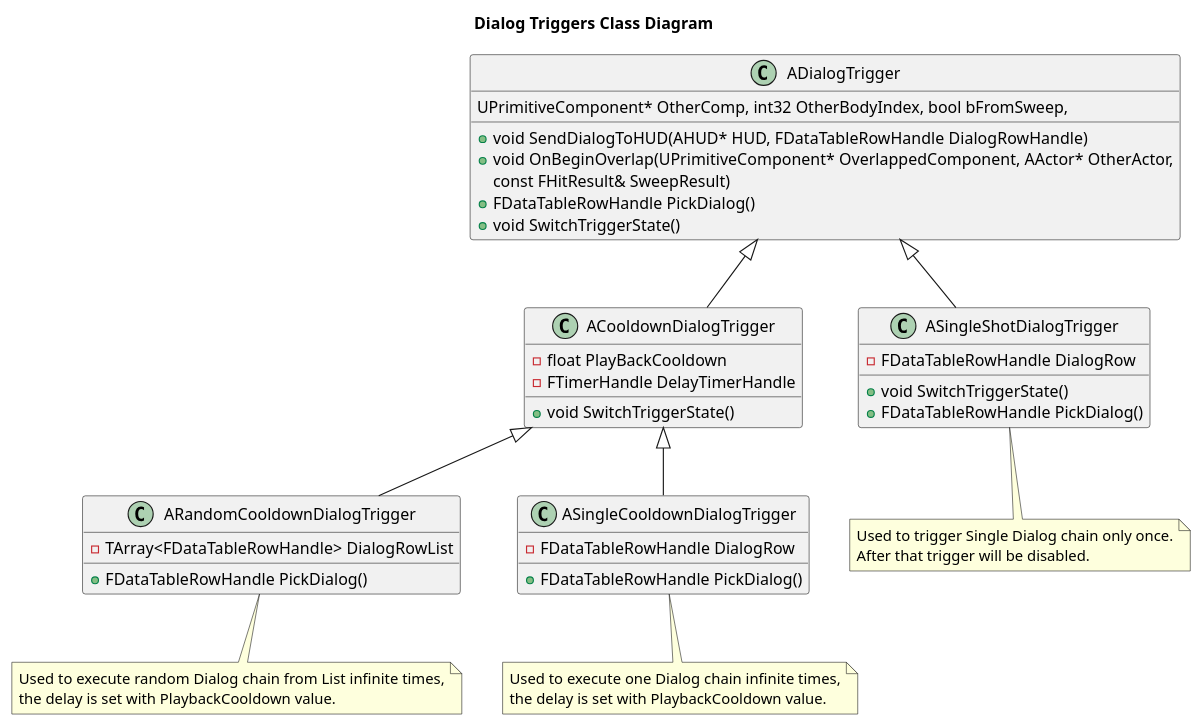
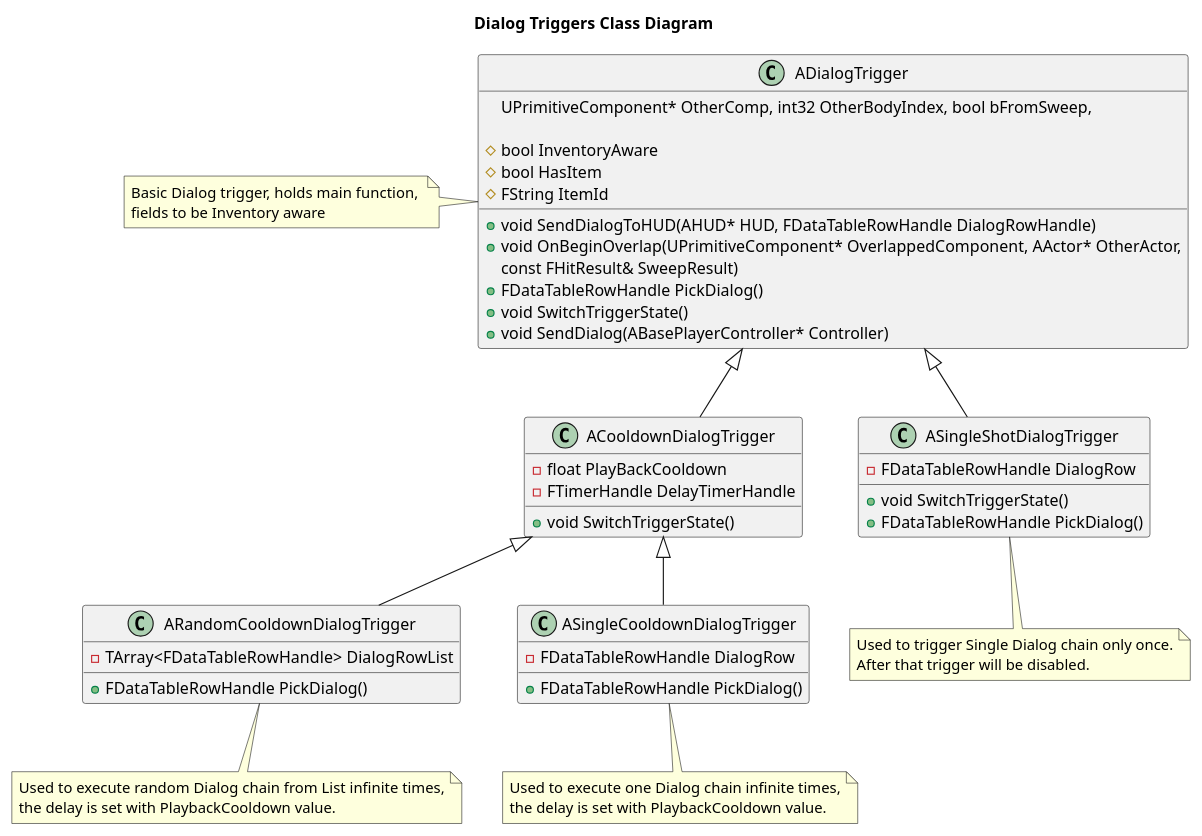
The diagram in Source/CryptRaider/Doc/DialogTrigger.puml (Indian-games-Inc/Solaris), drawn with PlantUML before and after one commit. The commit also changed 6 other files, not shown here.

Commit message:
[item-aware-dialog-trigger] Added logic to be dialog triggers item aware

```diff
--- a/Source/CryptRaider/Doc/DialogTrigger.puml
+++ b/Source/CryptRaider/Doc/DialogTrigger.puml
@@ -1,56 +1,66 @@
 @startuml
 
 title Dialog Triggers Class Diagram
 
 class ADialogTrigger {
-    +void SendDialogToHUD(AHUD* HUD, FDataTableRowHandle DialogRowHandle)
-    +void OnBeginOverlap(UPrimitiveComponent* OverlappedComponent, AActor* OtherActor,
-                         UPrimitiveComponent* OtherComp, int32 OtherBodyIndex, bool bFromSweep,
-                         const FHitResult& SweepResult)
-    +FDataTableRowHandle PickDialog()
-    +void SwitchTriggerState()
+    + void SendDialogToHUD(AHUD* HUD, FDataTableRowHandle DialogRowHandle)
+    + void OnBeginOverlap(UPrimitiveComponent* OverlappedComponent, AActor* OtherActor,
+                          UPrimitiveComponent* OtherComp, int32 OtherBodyIndex, bool bFromSweep,
+                          const FHitResult& SweepResult)
+    + FDataTableRowHandle PickDialog()
+    + void SwitchTriggerState()
+    + void SendDialog(ABasePlayerController* Controller)
+    
+    # bool InventoryAware
+    # bool HasItem
+    # FString ItemId
 }
 
 class ACooldownDialogTrigger {
     +void SwitchTriggerState()
     -float PlayBackCooldown
     -FTimerHandle DelayTimerHandle
 }
 
 class ARandomCooldownDialogTrigger {
     +FDataTableRowHandle PickDialog()
     -TArray<FDataTableRowHandle> DialogRowList
 }
 
 class ASingleCooldownDialogTrigger {
     +FDataTableRowHandle PickDialog()
     -FDataTableRowHandle DialogRow
 }
 
 class ASingleShotDialogTrigger {
     +void SwitchTriggerState()
     +FDataTableRowHandle PickDialog()
     -FDataTableRowHandle DialogRow
 }
 
+note left of ADialogTrigger
+Basic Dialog trigger, holds main function, 
+fields to be Inventory aware
+end note
+
 note bottom of ARandomCooldownDialogTrigger
 Used to execute random Dialog chain from List infinite times,
 the delay is set with PlaybackCooldown value.
 end note
 
 note bottom of ASingleCooldownDialogTrigger
 Used to execute one Dialog chain infinite times,
 the delay is set with PlaybackCooldown value.
 end note
 
 note bottom of ASingleShotDialogTrigger
 Used to trigger Single Dialog chain only once.
 After that trigger will be disabled.
 end note
 
 ADialogTrigger <|-- ACooldownDialogTrigger
 ACooldownDialogTrigger <|-- ARandomCooldownDialogTrigger
 ACooldownDialogTrigger <|-- ASingleCooldownDialogTrigger
 ADialogTrigger <|-- ASingleShotDialogTrigger
 
 @enduml
```
